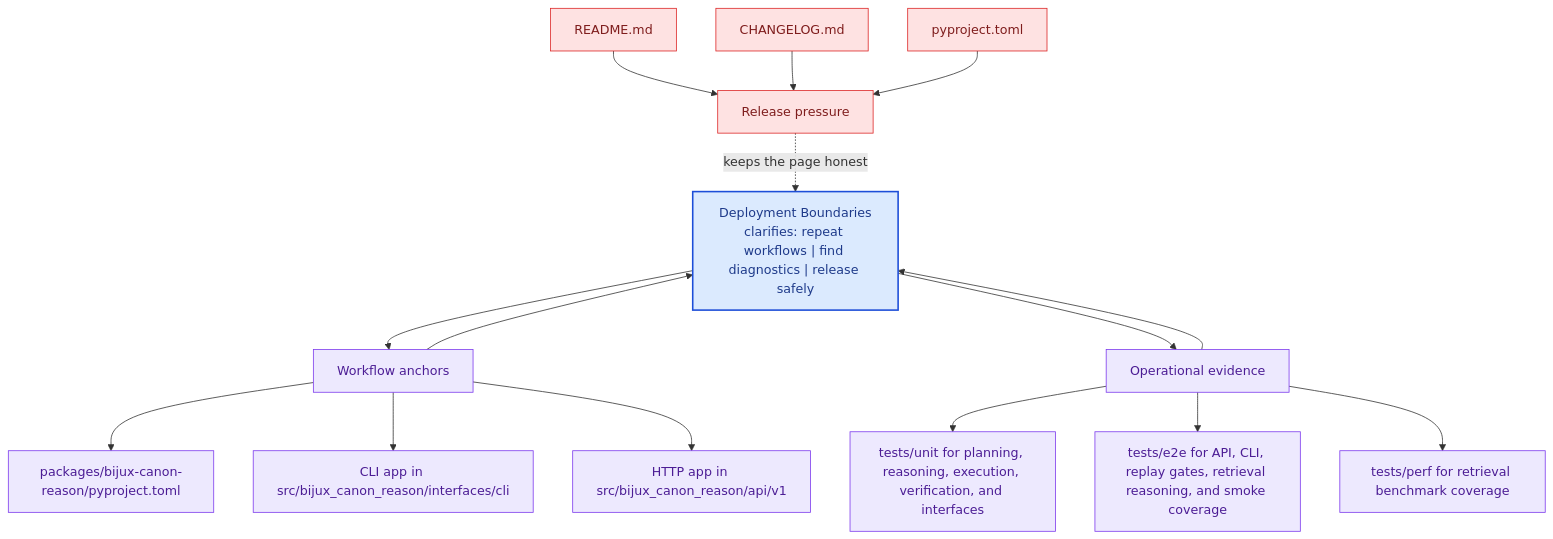
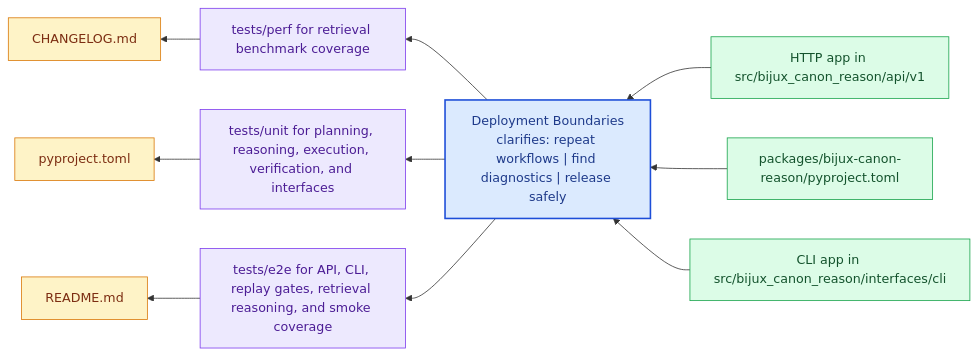
One commit to bijux/bijux-canon changed the diagram in docs/bijux-canon-reason/operations/deployment-boundaries.md. Above: the diagram before and after it, drawn with Mermaid. The commit also changed other lines of this file and 281 other files, not shown here.

Commit message:
docs(diagrams): replace repeated mermaid scaffolds with page-specific summaries

````diff
--- a/docs/bijux-canon-reason/operations/deployment-boundaries.md
+++ b/docs/bijux-canon-reason/operations/deployment-boundaries.md
@@ -67,41 +22,31 @@
 ```mermaid
-flowchart TB
-    promise["Deployment Boundaries<br/>clarifies: repeat workflows | find diagnostics | release safely"]
-    classDef promise fill:#dbeafe,stroke:#1d4ed8,color:#1e3a8a,stroke-width:2px;
-    classDef driver fill:#dcfce7,stroke:#16a34a,color:#14532d;
-    classDef constraint fill:#fee2e2,stroke:#dc2626,color:#7f1d1d;
-    classDef ground fill:#ede9fe,stroke:#7c3aed,color:#4c1d95;
-    focus1["Workflow anchors"]
-    focus1 --> promise
-    promise --> focus1
-    focus1_1["packages/bijux-canon-reason/pyproject.toml"]
-    focus1 --> focus1_1
-    focus1_2["CLI app in src/bijux_canon_reason/interfaces/cli"]
-    focus1 --> focus1_2
-    focus1_3["HTTP app in src/bijux_canon_reason/api/v1"]
-    focus1 --> focus1_3
-    class focus1 ground;
-    class focus1_1,focus1_2,focus1_3 ground;
-    focus2["Operational evidence"]
-    focus2 --> promise
-    promise --> focus2
-    focus2_1["tests/unit for planning, reasoning, execution, verification, and interfaces"]
-    focus2 --> focus2_1
-    focus2_2["tests/e2e for API, CLI, replay gates, retrieval reasoning, and smoke coverage"]
-    focus2 --> focus2_2
-    focus2_3["tests/perf for retrieval benchmark coverage"]
-    focus2 --> focus2_3
-    class focus2 ground;
-    class focus2_1,focus2_2,focus2_3 ground;
-    focus3["Release pressure"]
-    focus3 -.keeps the page honest.-> promise
-    focus3_1["README.md"]
-    focus3_1 --> focus3
-    focus3_2["CHANGELOG.md"]
-    focus3_2 --> focus3
-    focus3_3["pyproject.toml"]
-    focus3_3 --> focus3
-    class focus3 constraint;
-    class focus3_1,focus3_2,focus3_3 constraint;
-    class promise promise;
+flowchart RL
+    page["Deployment Boundaries<br/>clarifies: repeat workflows | find diagnostics | release safely"]
+    classDef page fill:#dbeafe,stroke:#1d4ed8,color:#1e3a8a,stroke-width:2px;
+    classDef positive fill:#dcfce7,stroke:#16a34a,color:#14532d;
+    classDef caution fill:#fee2e2,stroke:#dc2626,color:#7f1d1d;
+    classDef anchor fill:#ede9fe,stroke:#7c3aed,color:#4c1d95;
+    classDef action fill:#fef3c7,stroke:#d97706,color:#7c2d12;
+    step1["HTTP app in src/bijux_canon_reason/api/v1"]
+    step1 --> page
+    step2["packages/bijux-canon-reason/pyproject.toml"]
+    step2 --> page
+    step3["CLI app in src/bijux_canon_reason/interfaces/cli"]
+    step3 --> page
+    run1["tests/perf for retrieval benchmark coverage"]
+    page --> run1
+    run2["tests/unit for planning, reasoning, execution, verification, and interfaces"]
+    page --> run2
+    run3["tests/e2e for API, CLI, replay gates, retrieval reasoning, and smoke coverage"]
+    page --> run3
+    release1["CHANGELOG.md"]
+    run1 --> release1
+    release2["pyproject.toml"]
+    run2 --> release2
+    release3["README.md"]
+    run3 --> release3
+    class page page;
+    class step1,step2,step3 positive;
+    class run1,run2,run3 anchor;
+    class release1,release2,release3 action;
 ```
````
